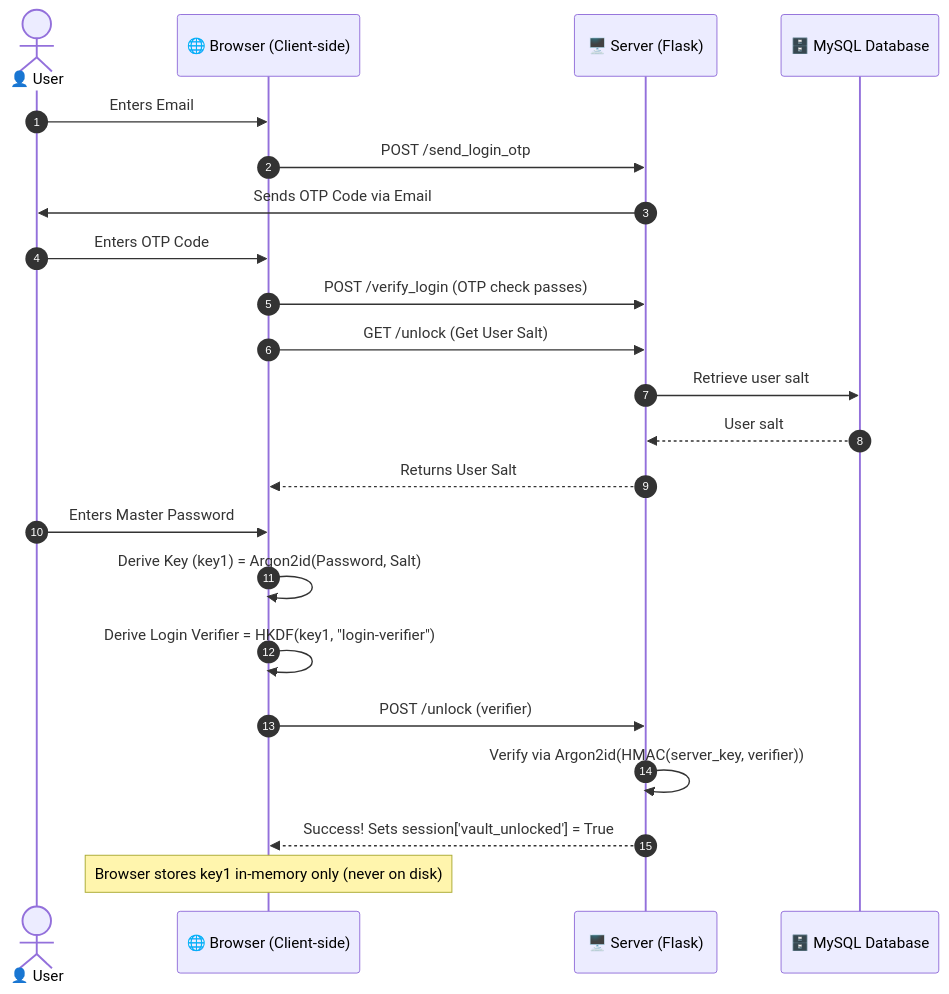
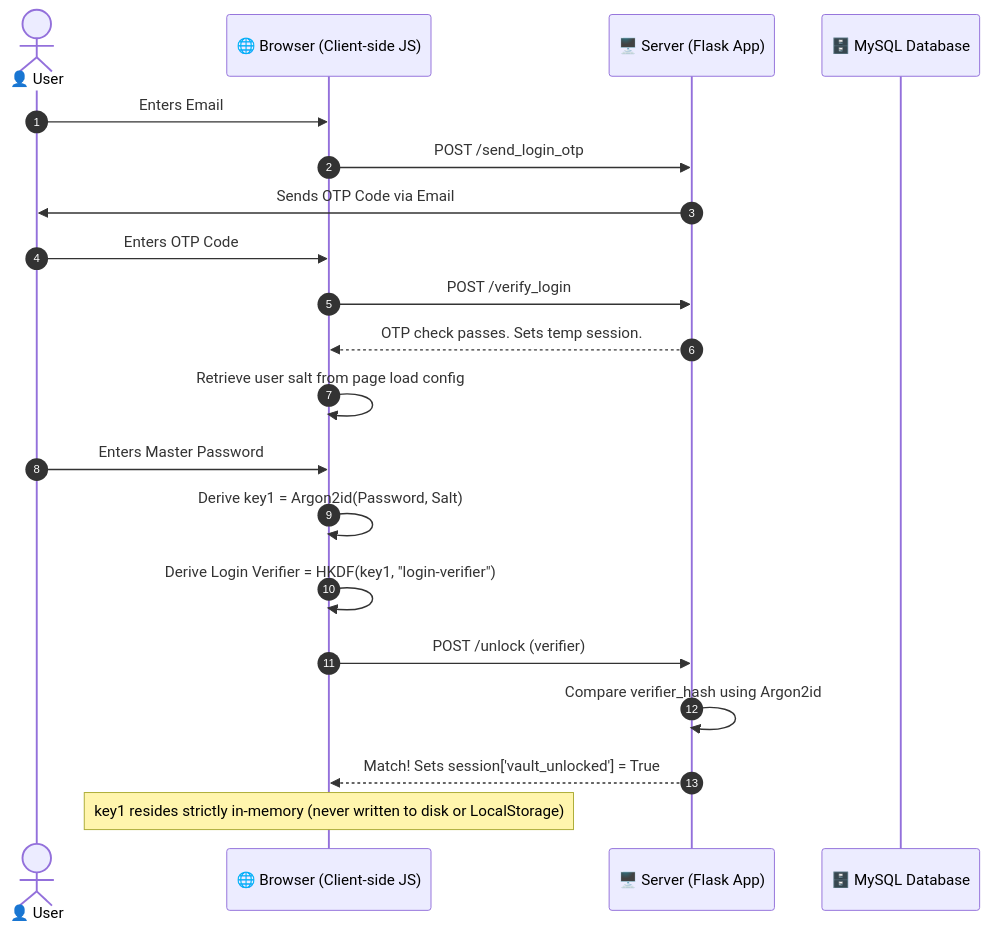
Before and after one commit to neerajsait/ZK-Vault: the second of 3 diagrams in README.md, drawn with Mermaid. The commit also changed other lines of this file and 7 other files, not shown here.

````diff
--- a/README.md
+++ b/README.md
@@ -78,28 +81,25 @@
 ```mermaid
 sequenceDiagram
     autonumber
     actor User as 👤 User
-    participant Browser as 🌐 Browser (Client-side)
-    participant Server as 🖥️ Server (Flask)
+    participant Browser as 🌐 Browser (Client-side JS)
+    participant Server as 🖥️ Server (Flask App)
     participant DB as 🗄️ MySQL Database
 
     User->>Browser: Enters Email
     Browser->>Server: POST /send_login_otp
     Server->>User: Sends OTP Code via Email
     User->>Browser: Enters OTP Code
-    Browser->>Server: POST /verify_login (OTP check passes)
+    Browser->>Server: POST /verify_login
+    Server-->>Browser: OTP check passes. Sets temp session.
     
-    Browser->>Server: GET /unlock (Get User Salt)
-    Server->>DB: Retrieve user salt
-    DB-->>Server: User salt
-    Server-->>Browser: Returns User Salt
-    
+    Browser->>Browser: Retrieve user salt from page load config
     User->>Browser: Enters Master Password
-    Browser->>Browser: Derive Key (key1) = Argon2id(Password, Salt)
+    Browser->>Browser: Derive key1 = Argon2id(Password, Salt)
     Browser->>Browser: Derive Login Verifier = HKDF(key1, "login-verifier")
     
     Browser->>Server: POST /unlock (verifier)
-    Server->>Server: Verify via Argon2id(HMAC(server_key, verifier))
-    Server-->>Browser: Success! Sets session['vault_unlocked'] = True
-    Note over Browser: Browser stores key1 in-memory only (never on disk)
+    Server->>Server: Compare verifier_hash using Argon2id
+    Server-->>Browser: Match! Sets session['vault_unlocked'] = True
+    Note over Browser: key1 resides strictly in-memory (never written to disk or LocalStorage)
 ```
````
